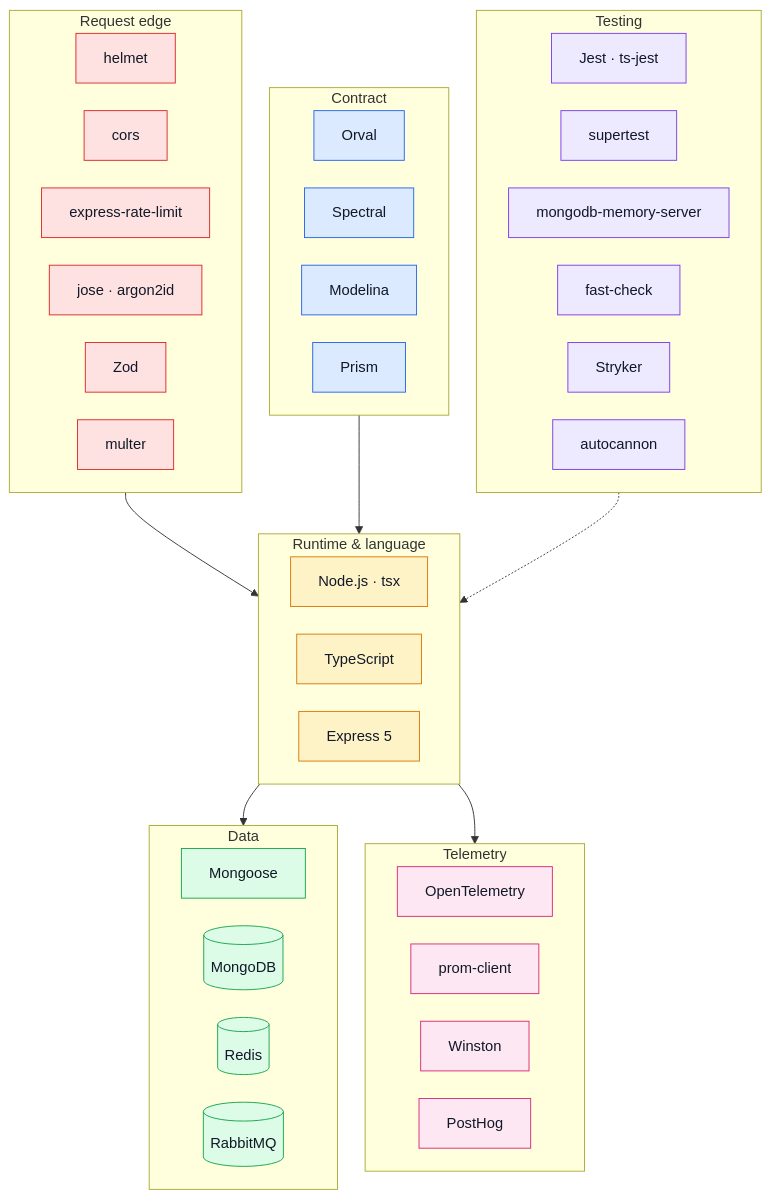
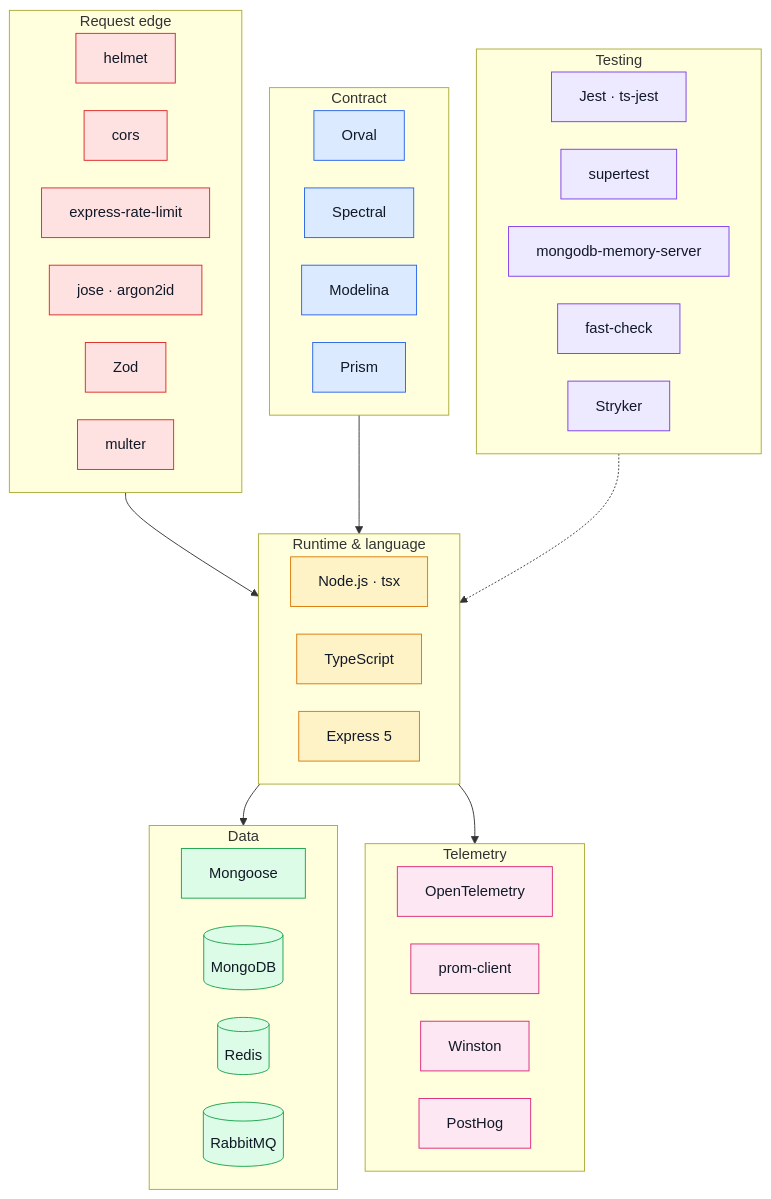
One commit to Guebbit/boilerplate-node-backend changed the diagram in docs/tools/tools-explained.md. Above: the diagram before and after it, drawn with Mermaid. The commit also changed 13 other files, not shown here.

````diff
--- a/docs/tools/tools-explained.md
+++ b/docs/tools/tools-explained.md
@@ -10,67 +10,66 @@
 ```mermaid
 %%{init: {'flowchart': {'nodeSpacing': 30, 'rankSpacing': 45}}}%%
 flowchart TD
     subgraph RUN["Runtime & language"]
         NODE["Node.js · tsx"]
         TS["TypeScript"]
         EXPRESS["Express 5"]
     end
 
     subgraph DATA["Data"]
         MONGOOSE["Mongoose"]
         MONGO[("MongoDB")]
         REDIS[("Redis")]
         RMQ[("RabbitMQ")]
     end
 
     subgraph SEC["Request edge"]
         HELMET["helmet"]
         CORS["cors"]
         RATE["express-rate-limit"]
         JWT["jose · argon2id"]
         ZOD["Zod"]
         MULTER["multer"]
     end
 
     subgraph CONTRACT["Contract"]
         ORVAL["Orval"]
         SPECTRAL["Spectral"]
         MODELINA["Modelina"]
         PRISM["Prism"]
     end
 
     subgraph TEST["Testing"]
         JEST["Jest · ts-jest"]
         SUPERTEST["supertest"]
         MEMSERVER["mongodb-memory-server"]
         FC["fast-check"]
         STRYKER["Stryker"]
-        AUTOCANNON["autocannon"]
     end
 
     subgraph OBS["Telemetry"]
         OTEL["OpenTelemetry"]
         PROM["prom-client"]
         WINSTON["Winston"]
         POSTHOG["PostHog"]
     end
 
     SEC --> RUN
     RUN --> DATA
     RUN --> OBS
     CONTRACT --> RUN
     TEST -.-> RUN
 
     classDef run fill:#fef3c7,stroke:#d97706,color:#111827;
     classDef data fill:#dcfce7,stroke:#16a34a,color:#111827;
     classDef sec fill:#fee2e2,stroke:#dc2626,color:#111827;
     classDef contract fill:#dbeafe,stroke:#2563eb,color:#111827;
     classDef test fill:#ede9fe,stroke:#7c3aed,color:#111827;
     classDef obs fill:#fce7f3,stroke:#db2777,color:#111827;
     class NODE,TS,EXPRESS run;
     class MONGOOSE,MONGO,REDIS,RMQ data;
     class HELMET,CORS,RATE,JWT,ZOD,MULTER sec;
     class ORVAL,SPECTRAL,MODELINA,PRISM contract;
-    class JEST,SUPERTEST,MEMSERVER,FC,STRYKER,AUTOCANNON test;
+    class JEST,SUPERTEST,MEMSERVER,FC,STRYKER test;
     class OTEL,PROM,WINSTON,POSTHOG obs;
 ```
````
